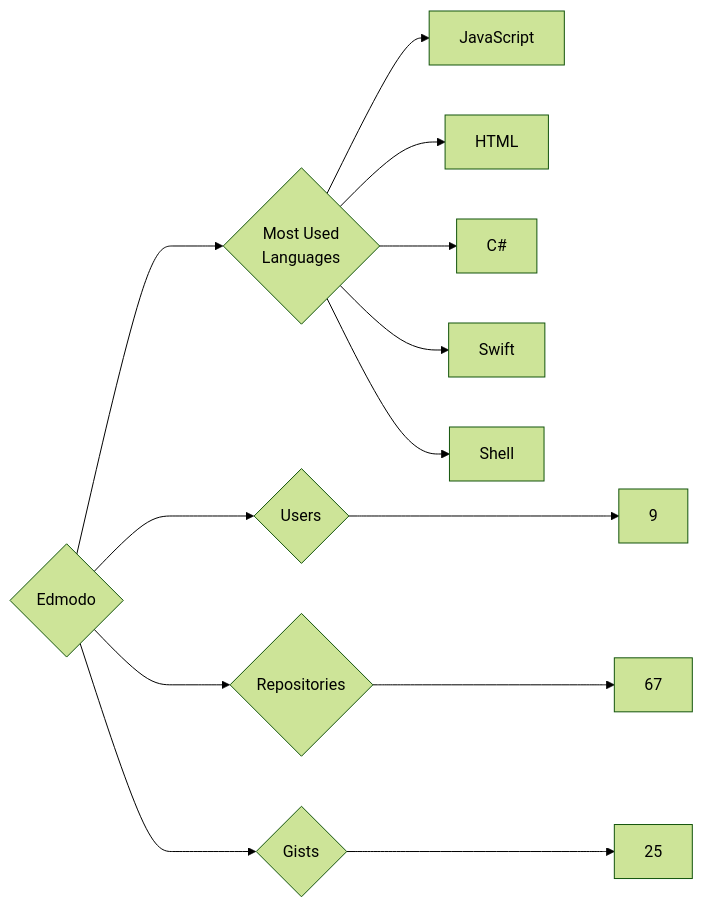
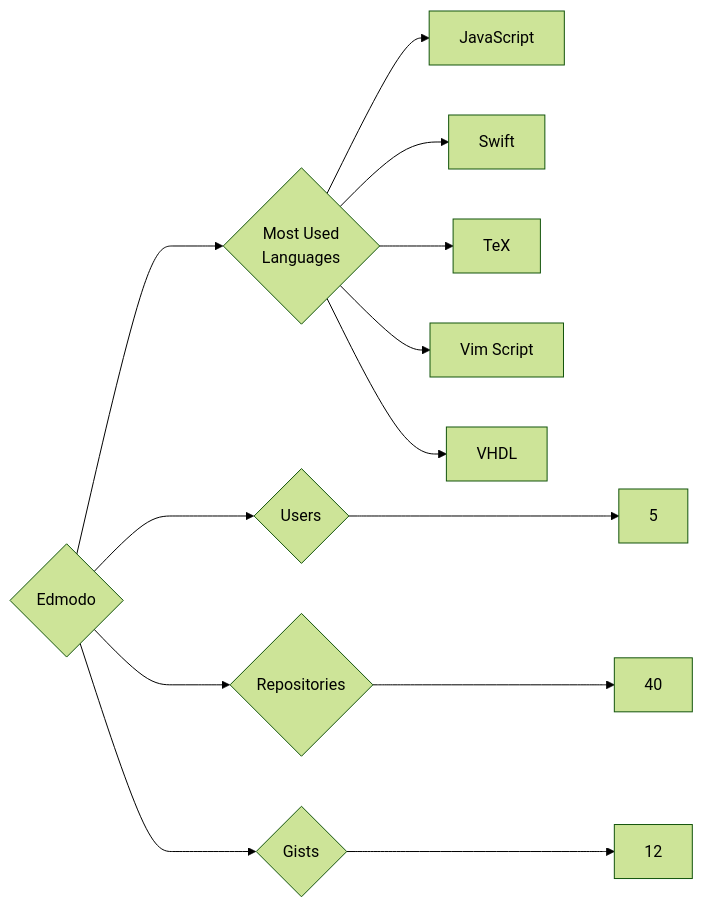
The diagram in targets/Edmodo/README.md (trickest/insiders), drawn with Mermaid (forest theme) before and after one commit. The commit also changed 933 other files, not shown here.

````diff
--- a/targets/Edmodo/README.md
+++ b/targets/Edmodo/README.md
@@ -3,13 +3,13 @@
 ```mermaid
 graph LR
 COMPANY_NAME{Edmodo}
-COMPANY_NAME ---> U{Users} ---> UN[9]
-COMPANY_NAME ---> R{Repositories} ---> RN[67]
-COMPANY_NAME ---> G{Gists} ---> GN[25]
+COMPANY_NAME ---> U{Users} ---> UN[5]
+COMPANY_NAME ---> R{Repositories} ---> RN[40]
+COMPANY_NAME ---> G{Gists} ---> GN[12]
 COMPANY_NAME ---> ML{Most Used<br>Languages}
 ML --> JavaScript[JavaScript]
-ML --> HTML[HTML]
-ML --> C#[C#]
 ML --> Swift[Swift]
-ML --> Shell[Shell]
+ML --> TeX[TeX]
+ML --> Vim_Script[Vim Script]
+ML --> VHDL[VHDL]
 ```
````
